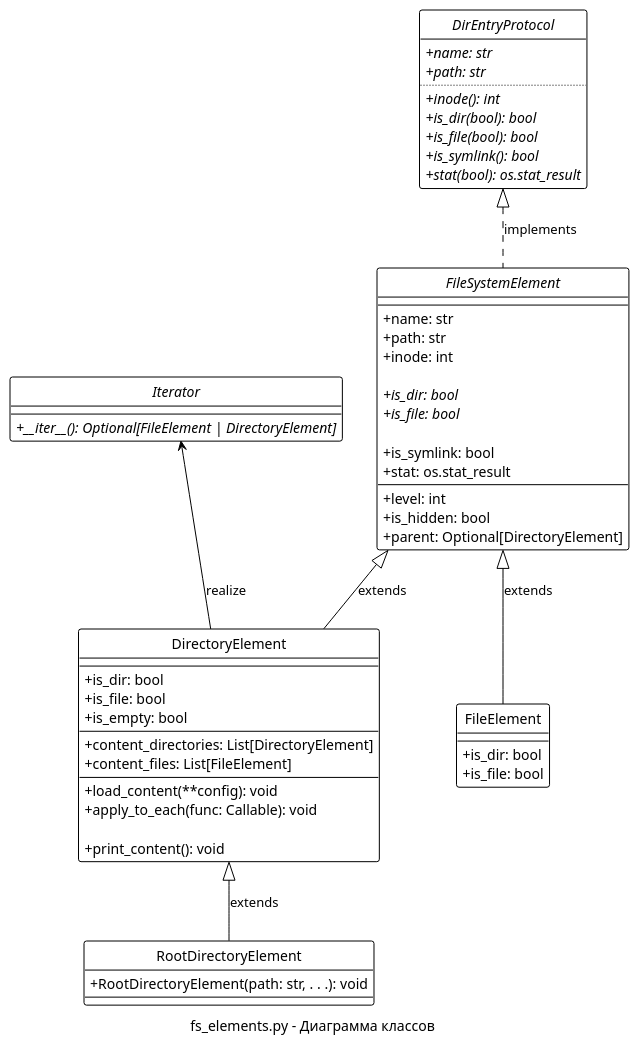
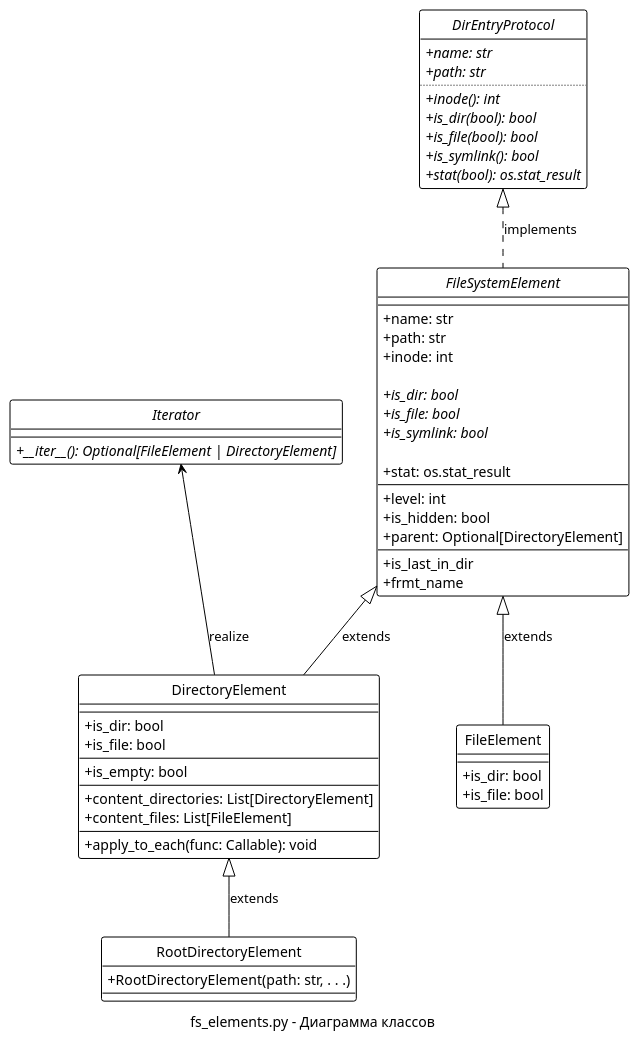
Before and after one commit to LumenGNU/ldir: the second of 3 diagrams in ldir.md, drawn with PlantUML. The commit also changed 2 other files, not shown here.

Commit message:
Сб 13 апр 2024 22:14:06 EEST

````diff
--- a/ldir.md
+++ b/ldir.md
@@ -181,80 +181,79 @@
 ```plantuml
 @startuml fs_elements.py - Диаграмма классов
 
 !theme plain
 
 skinparam style strictuml
 skinparam classAttributeIconSize 0
 
 interface DirEntryProtocol {
   {abstract} +name: str
   {abstract} +path: str
   ..
   {abstract} +inode(): int
   {abstract} +is_dir(bool): bool
   {abstract} +is_file(bool): bool
   {abstract} +is_symlink(): bool
   {abstract} +stat(bool): os.stat_result
 }
 
 abstract class FileSystemElement {
   --
   +name: str
   +path: str
   +inode: int
 
   +{abstract} is_dir: bool
   +{abstract} is_file: bool
+  +{abstract} is_symlink: bool
 
-  +is_symlink: bool
   +stat: os.stat_result
   __
   +level: int
   +is_hidden: bool
   +parent: Optional[DirectoryElement]
+  --
+  +is_last_in_dir
+  +frmt_name
 }
+
+FileSystemElement .up.|> DirEntryProtocol : implements
 
 class FileElement {
   --
   +is_dir: bool
   +is_file: bool
 }
 
+FileElement -up-|> FileSystemElement  : extends
+
 class DirectoryElement {
   --
   +is_dir: bool
   +is_file: bool
+  --
   +is_empty: bool
   __
   +content_directories: List[DirectoryElement]
   +content_files: List[FileElement]
   __
-  +load_content(**config): void
   +apply_to_each(func: Callable): void
-
-  +print_content(): void
 }
-
-class RootDirectoryElement {
-  +RootDirectoryElement(path: str, . . .): void
-  --
-}
-
 
 interface Iterator {
   {abstract} +__iter__(): Optional[FileElement | DirectoryElement]
 }
 
-
-
-DirEntryProtocol <|.. FileSystemElement : implements
-FileSystemElement <|-- FileElement : extends
-FileSystemElement <|-- DirectoryElement : extends
-DirectoryElement <|-- RootDirectoryElement : extends
-
+DirectoryElement -up-|> FileSystemElement : extends
 DirectoryElement -up-> Iterator : realize
 
+class RootDirectoryElement {
+  +RootDirectoryElement(path: str, . . .)
+  --
+}
+
+RootDirectoryElement -up-|> DirectoryElement : extends
 
 caption fs_elements.py - Диаграмма классов
 @enduml
 ```
````
